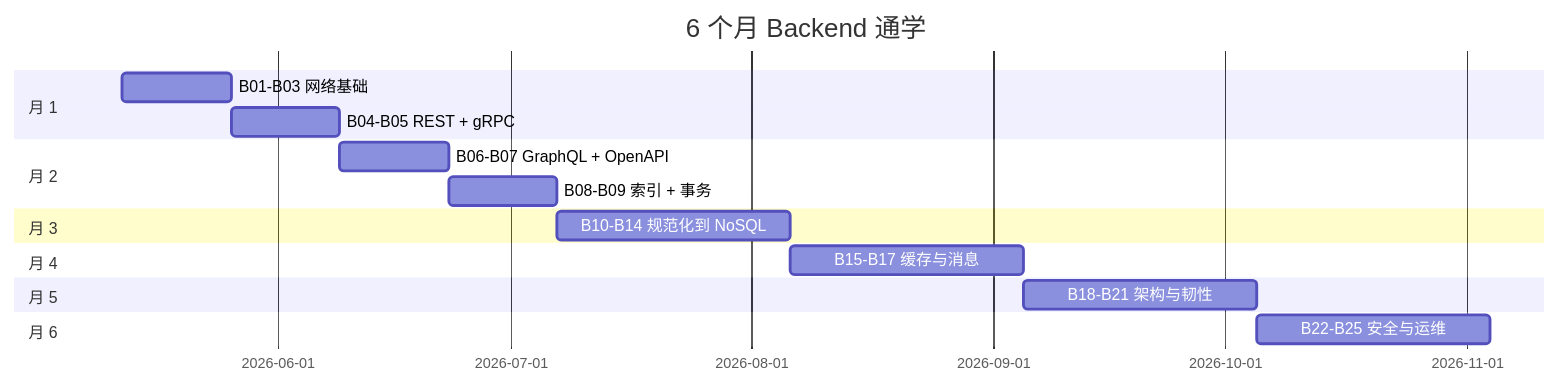
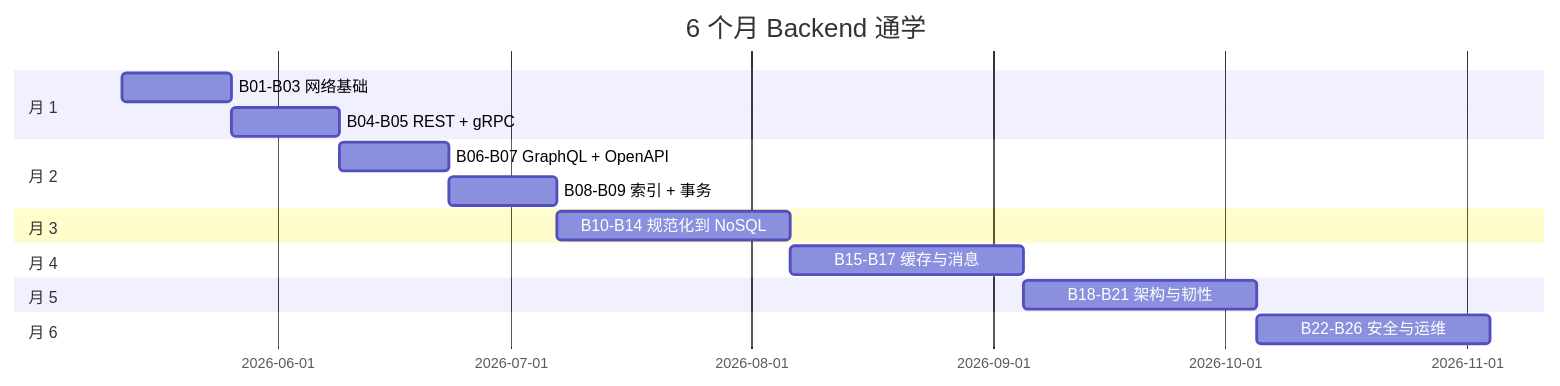
One commit to Kirby980/backend-handbook changed diagram 14 of 22 in backend/ROADMAP.md. Above: the diagram before and after it, drawn with Mermaid. The commit also changed other lines of this file and 9 other files, not shown here.

````diff
--- a/backend/ROADMAP.md
+++ b/backend/ROADMAP.md
@@ -315,19 +320,19 @@
 ```mermaid
 gantt
     title 6 个月 Backend 通学
     dateFormat YYYY-MM-DD
     section 月 1
     B01-B03 网络基础       :a1, 2026-05-12, 14d
     B04-B05 REST + gRPC    :a2, after a1, 14d
     section 月 2
     B06-B07 GraphQL + OpenAPI   :a3, after a2, 14d
     B08-B09 索引 + 事务         :a4, after a3, 14d
     section 月 3
     B10-B14 规范化到 NoSQL :a5, after a4, 30d
     section 月 4
     B15-B17 缓存与消息     :a6, after a5, 30d
     section 月 5
     B18-B21 架构与韧性     :a7, after a6, 30d
     section 月 6
-    B22-B25 安全与运维     :a8, after a7, 30d
+    B22-B26 安全与运维     :a8, after a7, 30d
 ```
````
